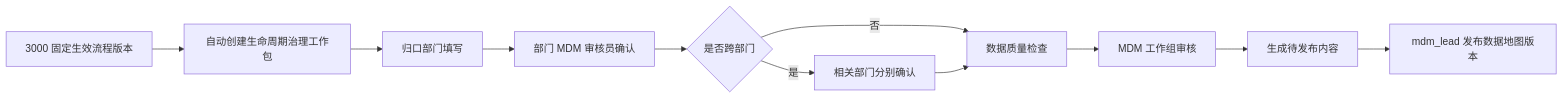
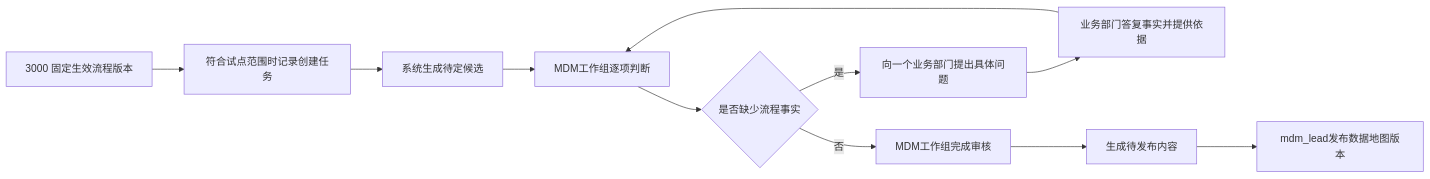
One commit to Harbinian/Infomat changed the diagram in docs/plans/2026-08-09-mdm-data-flow-lifecycle-governance-development-plan.md. Above: the diagram before and after it, drawn with Mermaid. The commit also changed other lines of this file and 40 other files, not shown here.

````diff
--- a/docs/plans/2026-08-09-mdm-data-flow-lifecycle-governance-development-plan.md
+++ b/docs/plans/2026-08-09-mdm-data-flow-lifecycle-governance-development-plan.md
@@ -125,13 +127,13 @@
 ```mermaid
 flowchart LR
-    A[3000 固定生效流程版本] --> B[自动创建生命周期治理工作包]
-    B --> C[归口部门填写]
-    C --> D[部门 MDM 审核员确认]
-    D --> E{是否跨部门}
-    E -- 否 --> F[数据质量检查]
-    E -- 是 --> G[相关部门分别确认]
-    G --> F
-    F --> H[MDM 工作组审核]
+    A[3000 固定生效流程版本] --> B[符合试点范围时记录创建任务]
+    B --> C[系统生成待定候选]
+    C --> D[MDM工作组逐项判断]
+    D --> E{是否缺少流程事实}
+    E -- 是 --> F[向一个业务部门提出具体问题]
+    F --> G[业务部门答复事实并提供依据]
+    G --> D
+    E -- 否 --> H[MDM工作组完成审核]
     H --> I[生成待发布内容]
-    I --> J[mdm_lead 发布数据地图版本]
+    I --> J[mdm_lead发布数据地图版本]
 ```
````
